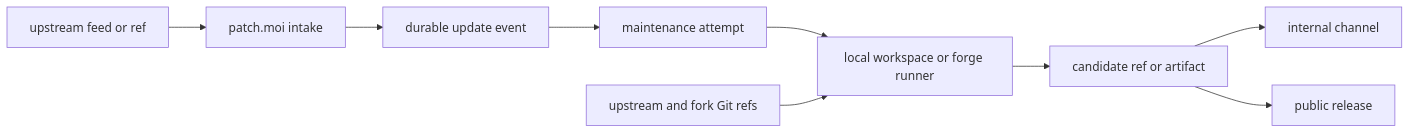
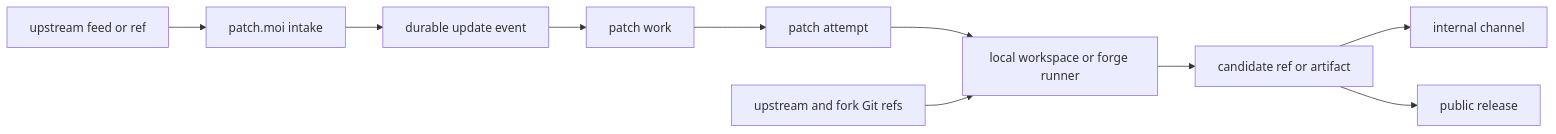
Before and after one commit to peezy-tech/patch.moi: the diagram in docs/pages/index.md, drawn with Mermaid. The commit also changed other lines of this file and 30 other files, not shown here.

Commit message:
Introduce patch work records

````diff
--- a/docs/pages/index.md
+++ b/docs/pages/index.md
@@ -21,11 +21,12 @@
 ```mermaid
 flowchart LR
   Upstream["upstream feed or ref"] --> Patch["patch.moi intake"]
   Patch --> Event["durable update event"]
-  Event --> Attempt["maintenance attempt"]
+  Event --> Work["patch work"]
+  Work --> Attempt["patch attempt"]
   Attempt --> Workspace["local workspace or forge runner"]
   Git["upstream and fork Git refs"] --> Workspace
   Workspace --> Candidate["candidate ref or artifact"]
   Candidate --> Internal["internal channel"]
   Candidate --> Public["public release"]
 ```
````
